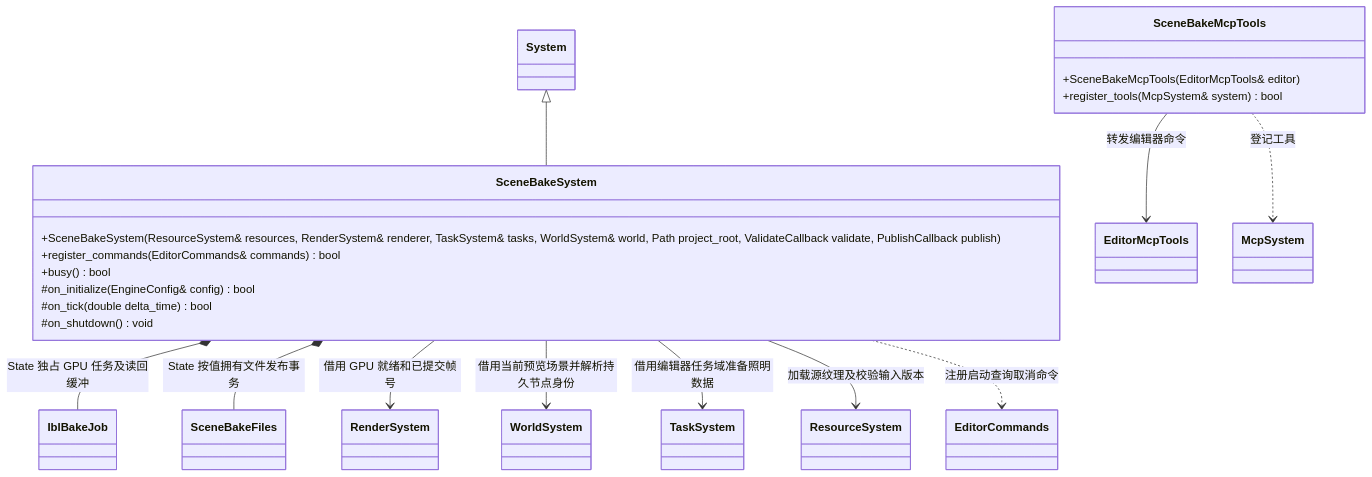
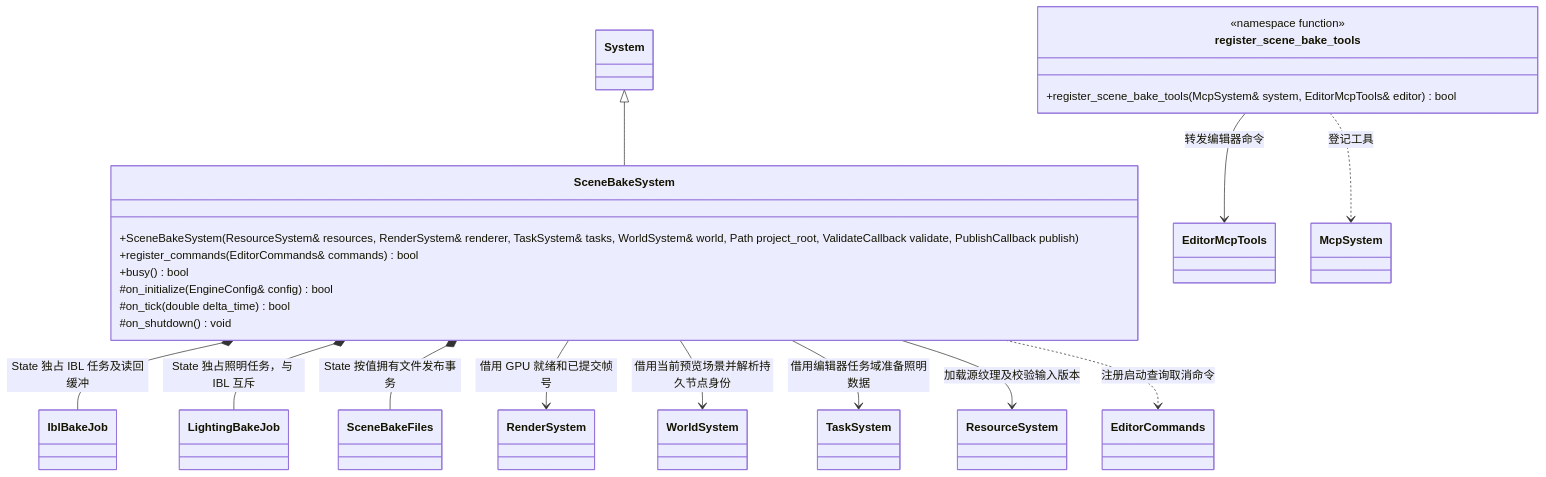
Before and after one commit to lcals/Engine: the first of 3 diagrams in docs/plugins/editor/class-diagrams/scene-bake.md, drawn with Mermaid. The commit also changed other lines of this file and 195 other files, not shown here.

````diff
--- a/docs/plugins/editor/class-diagrams/scene-bake.md
+++ b/docs/plugins/editor/class-diagrams/scene-bake.md
@@ -5,35 +5,37 @@
 ```mermaid
 classDiagram
     class SceneBakeSystem {
         +SceneBakeSystem(ResourceSystem& resources, RenderSystem& renderer, TaskSystem& tasks, WorldSystem& world, Path project_root, ValidateCallback validate, PublishCallback publish)
         +register_commands(EditorCommands& commands) bool
         +busy() bool
         #on_initialize(EngineConfig& config) bool
         #on_tick(double delta_time) bool
         #on_shutdown() void
     }
     class IblBakeJob
+    class LightingBakeJob
     class SceneBakeFiles
-    class SceneBakeMcpTools {
-        +SceneBakeMcpTools(EditorMcpTools& editor)
-        +register_tools(McpSystem& system) bool
+    class register_scene_bake_tools {
+        <<namespace function>>
+        +register_scene_bake_tools(McpSystem& system, EditorMcpTools& editor) bool
     }
     class System
     class RenderSystem
     class ResourceSystem
     class TaskSystem
     class WorldSystem
     class EditorCommands
     class EditorMcpTools
     class McpSystem
     System <|-- SceneBakeSystem
-    SceneBakeSystem *-- IblBakeJob : State 独占 GPU 任务及读回缓冲
+    SceneBakeSystem *-- IblBakeJob : State 独占 IBL 任务及读回缓冲
+    SceneBakeSystem *-- LightingBakeJob : State 独占照明任务，与 IBL 互斥
     SceneBakeSystem *-- SceneBakeFiles : State 按值拥有文件发布事务
     SceneBakeSystem --> RenderSystem : 借用 GPU 就绪和已提交帧号
     SceneBakeSystem --> WorldSystem : 借用当前预览场景并解析持久节点身份
     SceneBakeSystem --> TaskSystem : 借用编辑器任务域准备照明数据
     SceneBakeSystem --> ResourceSystem : 加载源纹理及校验输入版本
     SceneBakeSystem ..> EditorCommands : 注册启动查询取消命令
-    SceneBakeMcpTools --> EditorMcpTools : 转发编辑器命令
-    SceneBakeMcpTools ..> McpSystem : 登记工具
+    register_scene_bake_tools --> EditorMcpTools : 转发编辑器命令
+    register_scene_bake_tools ..> McpSystem : 登记工具
 ```
````
